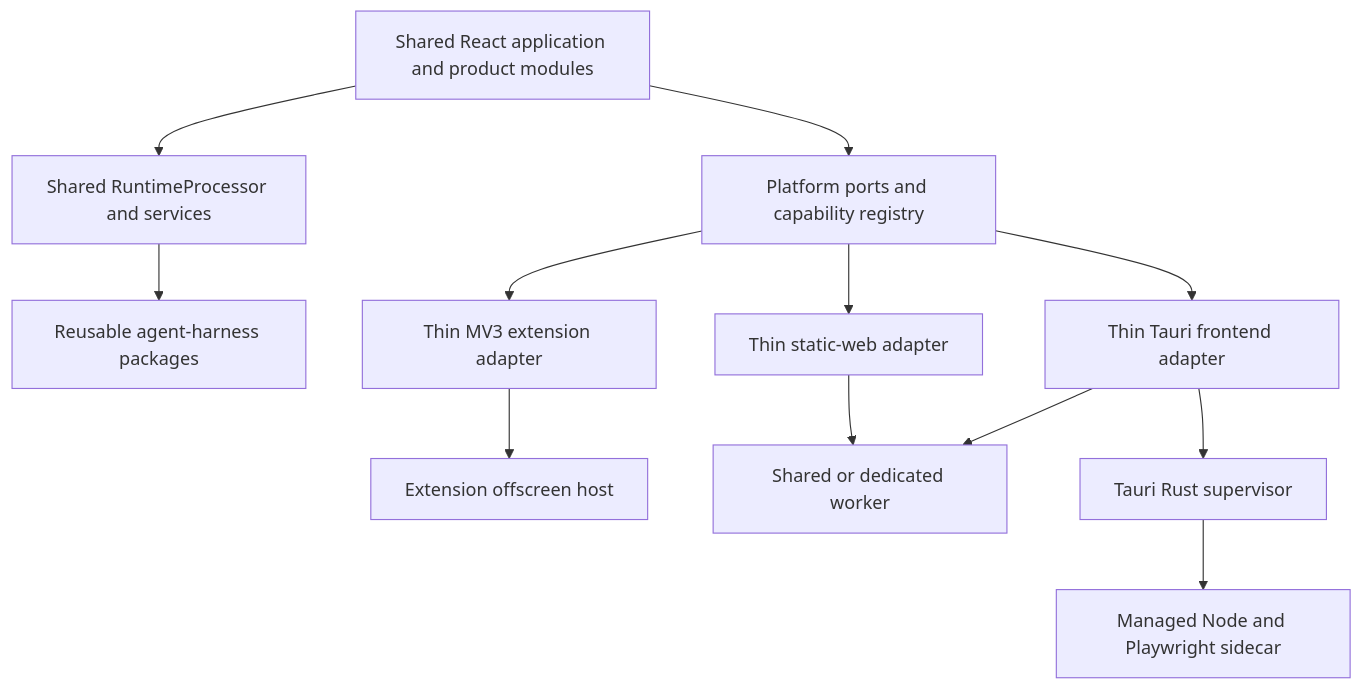
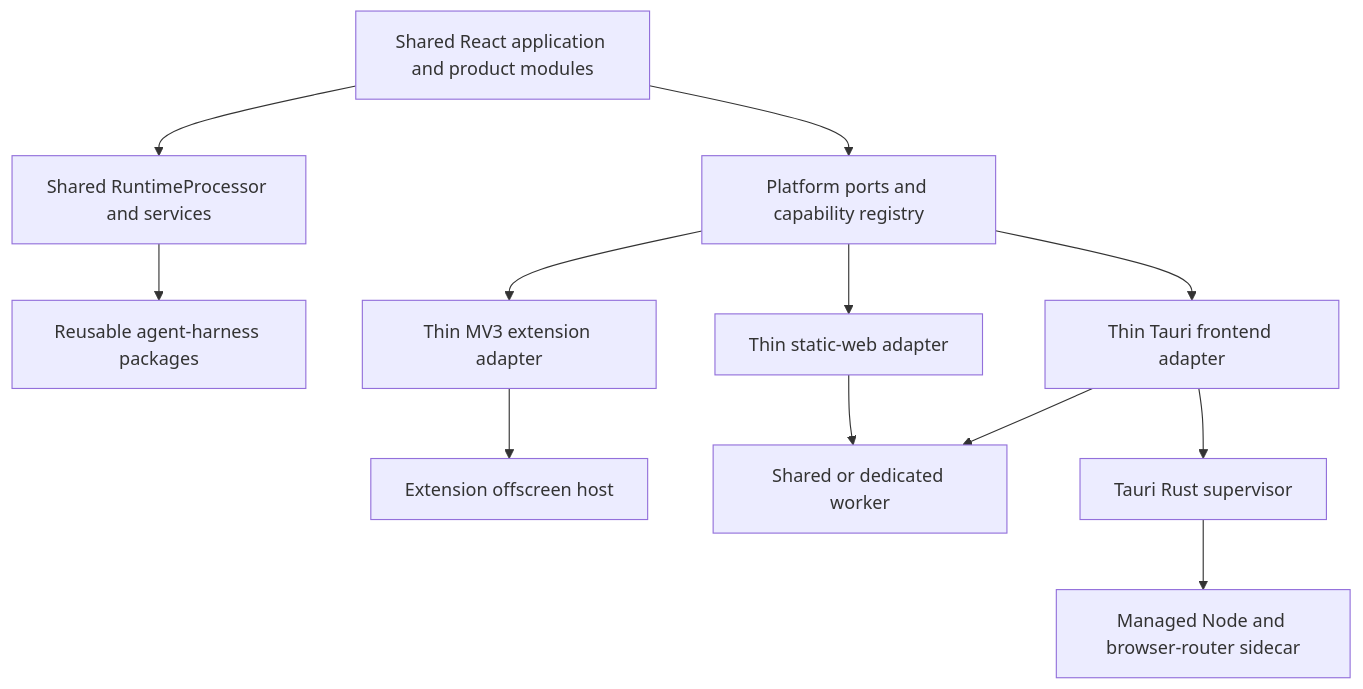
One commit to zrg-team/memorall changed the diagram in README.md. Above: the diagram before and after it, drawn with Mermaid. The commit also changed other lines of this file and 67 other files, not shown here.

First line of the commit message:
chore(desktop): add managed browser runtime and LLM model catalog work

````diff
--- a/README.md
+++ b/README.md
@@ -206,27 +206,27 @@
 ```mermaid
 flowchart TD
   UI["Shared React application and product modules"]
   PORTS["Platform ports and capability registry"]
   RUNTIME["Shared RuntimeProcessor and services"]
   HARNESS["Reusable agent-harness packages"]
 
   EXT["Thin MV3 extension adapter"]
   WEB["Thin static-web adapter"]
   DESKTOP["Thin Tauri frontend adapter"]
   OFFSCREEN["Extension offscreen host"]
   WORKER["Shared or dedicated worker"]
   RUST["Tauri Rust supervisor"]
-  SIDECAR["Managed Node and Playwright sidecar"]
+  SIDECAR["Managed Node and browser-router sidecar"]
 
   UI --> PORTS
   UI --> RUNTIME
   RUNTIME --> HARNESS
   PORTS --> EXT
   PORTS --> WEB
   PORTS --> DESKTOP
   EXT --> OFFSCREEN
   WEB --> WORKER
   DESKTOP --> WORKER
   DESKTOP --> RUST
   RUST --> SIDECAR
 ```
````
